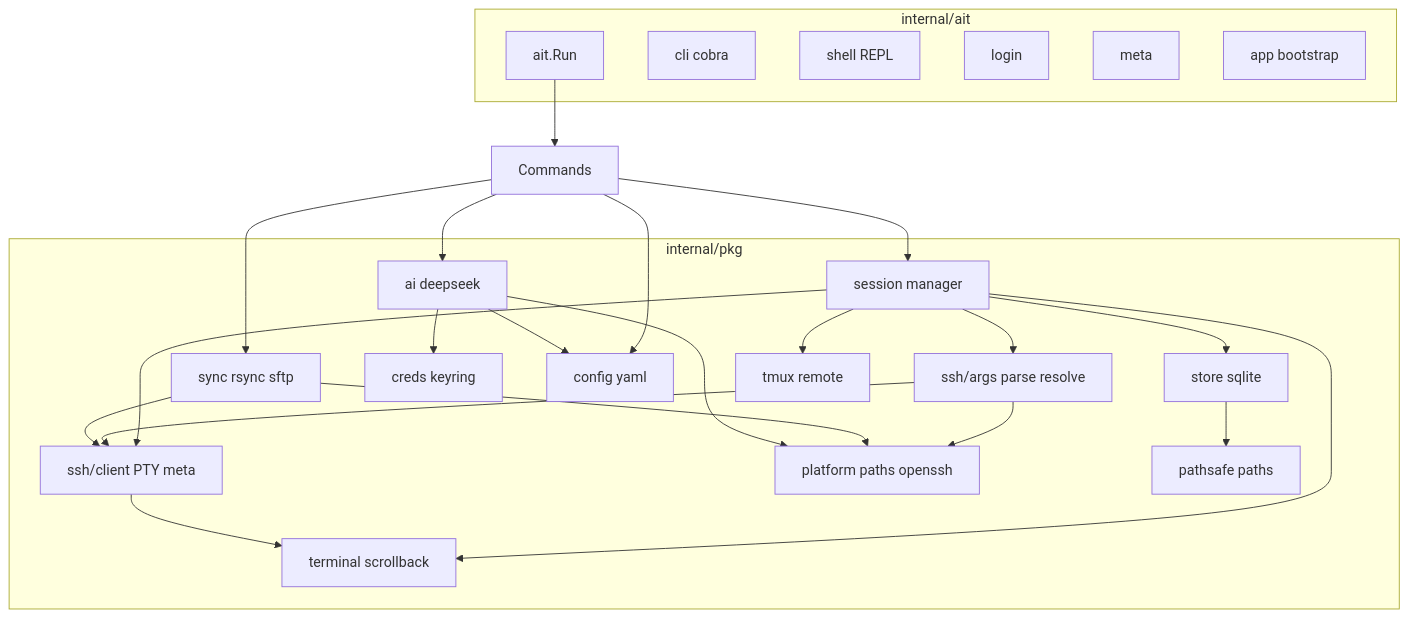
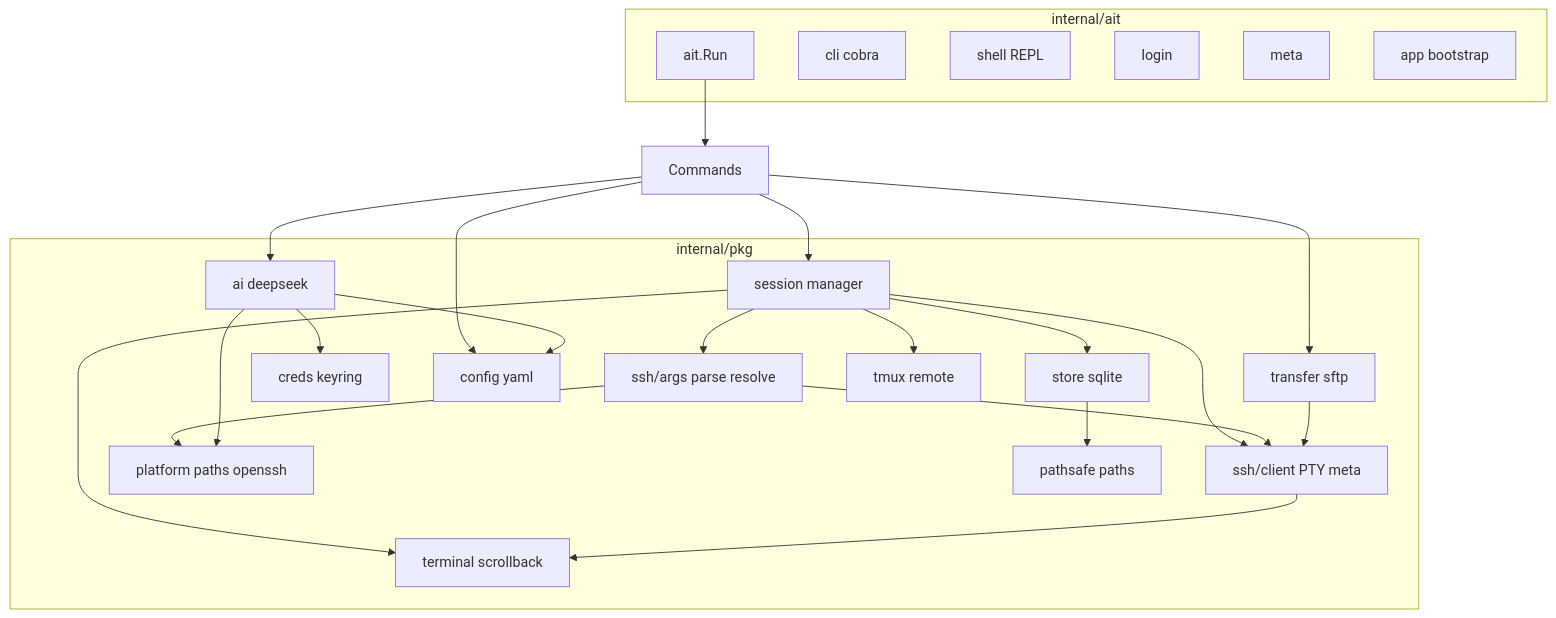
The first of 5 diagrams in docs/design.zh-CN.md (os-artificer/AiT), drawn with Mermaid before and after one commit. The commit also changed other lines of this file and 46 other files, not shown here.

First line of the commit message:
feat(cli): add get/put SFTP transfer and fix remote login prompt

````diff
--- a/docs/design.zh-CN.md
+++ b/docs/design.zh-CN.md
@@ -42,44 +43,43 @@
 ```mermaid
 flowchart TB
   subgraph cli [internal/ait]
     Run[ait.Run]
     CliPkg[cli cobra]
     ShellPkg[shell REPL]
     LoginPkg[login]
     MetaPkg[meta]
     AppPkg[app bootstrap]
   end
   subgraph pkgs [internal/pkg]
     SSHArgs[ssh/args parse resolve]
     Store[store sqlite]
     Sess[session manager]
     SSH[ssh/client PTY meta]
     Term[terminal scrollback]
     AI[ai deepseek]
     Creds[creds keyring]
     Config[config yaml]
     Plat[platform paths openssh]
-    Sync[sync rsync sftp]
+    Transfer[transfer sftp]
     PathSafe[pathsafe paths]
     Tmux[tmux remote]
   end
   Run --> Commands
   Commands --> Sess
   Sess --> SSHArgs
   Sess --> Store
   Sess --> SSH
   Sess --> Term
   Sess --> Tmux
   Commands --> AI
-  Commands --> Sync
+  Commands --> Transfer
   Commands --> Config
   SSHArgs --> Plat
   SSHArgs --> SSH
-  Sync --> Plat
-  Sync --> SSH
+  Transfer --> SSH
   AI --> Creds
   AI --> Config
   AI --> Plat
   SSH --> Term
   Store --> PathSafe
 ```
````
